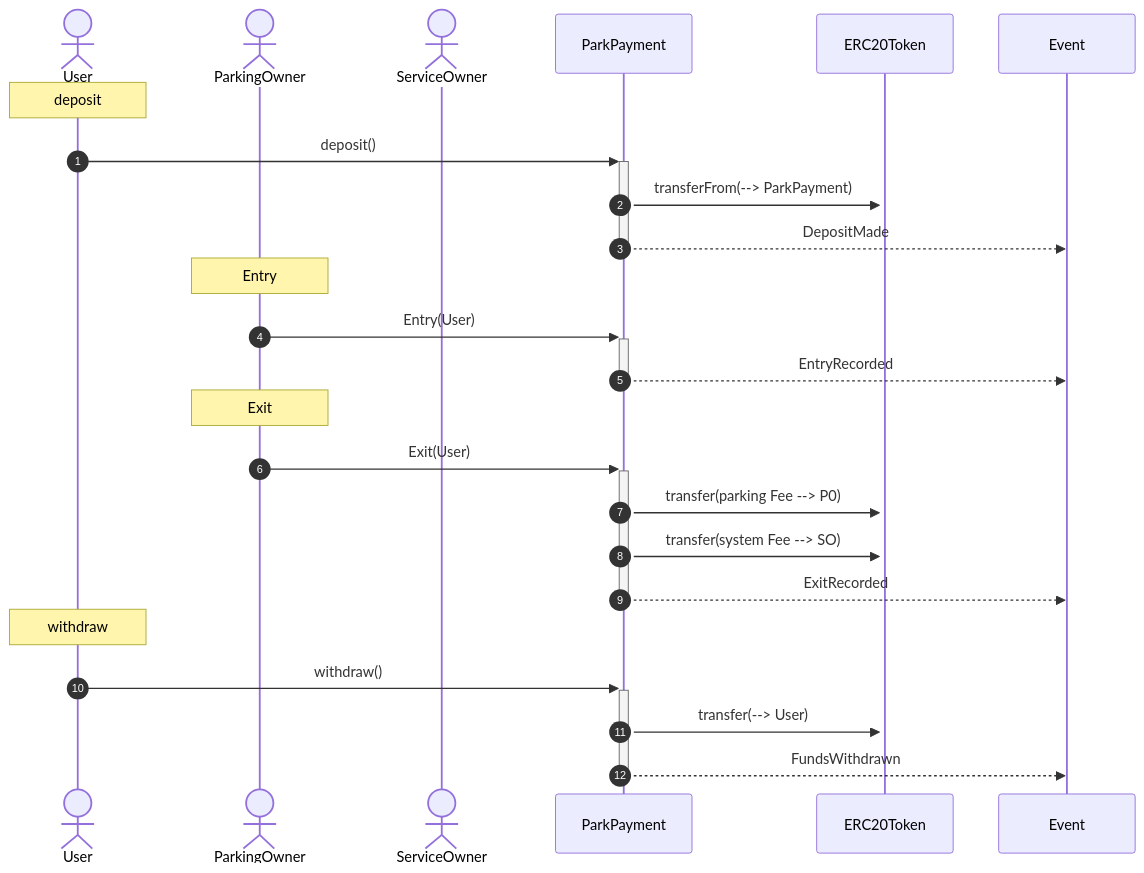
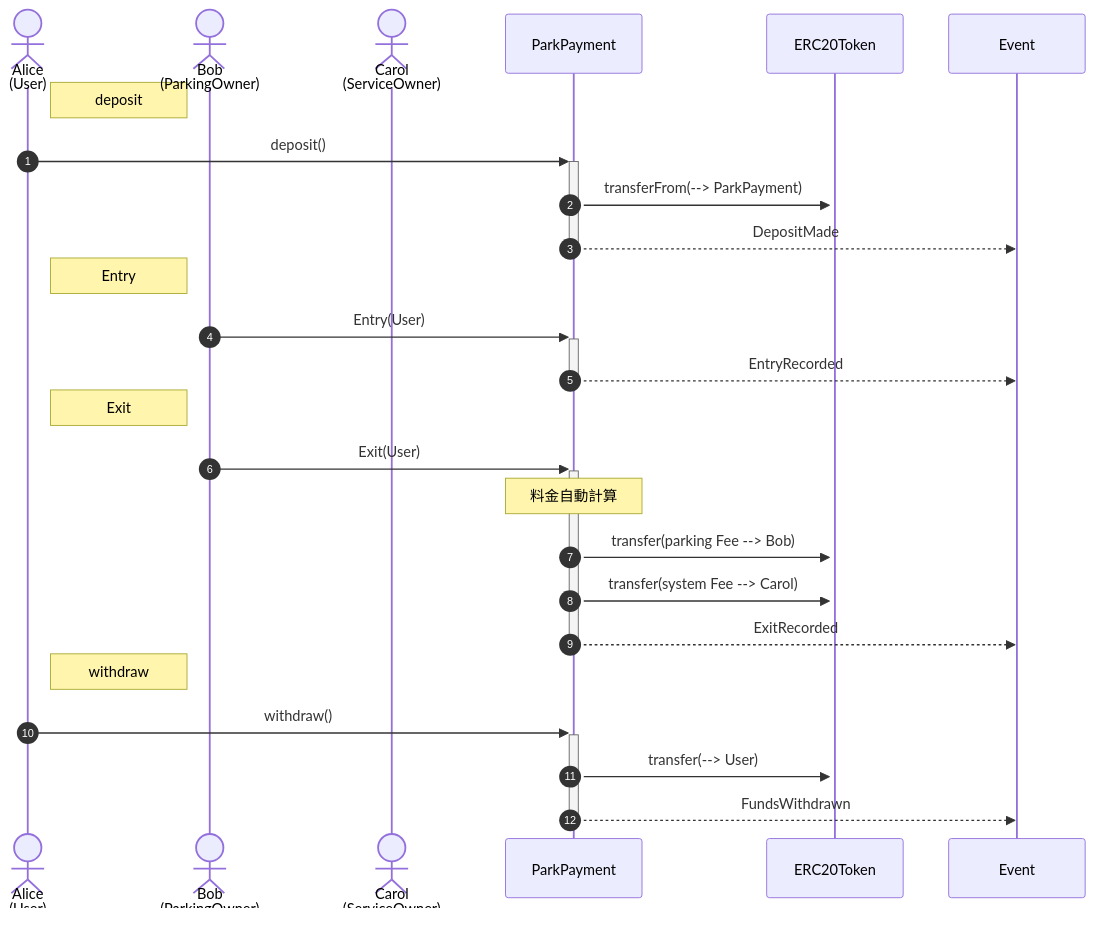
The first of 4 diagrams in README.md (mahiroaug/ParkingPayment), drawn with Mermaid before and after one commit. The commit also changed other lines of this file, not shown here.

Commit message:
updage README

````diff
--- a/README.md
+++ b/README.md
@@ -67,27 +67,28 @@
 ```mermaid
 sequenceDiagram
-  actor User as User
-  actor PO as ParkingOwner
-  actor ServiceOwner as ServiceOwner
+  actor User as Alice<br>(User)
+  actor PO as Bob<br>(ParkingOwner)
+  actor ServiceOwner as Carol<br>(ServiceOwner)
   participant PP as ParkPayment
   participant Token as ERC20Token
   participant Event as Event
 
   autonumber
-  Note over User: deposit
+  Note right of User: deposit
   User ->>+ PP: deposit()
   PP ->>+ Token: transferFrom(--> ParkPayment)
   PP -->>- Event: DepositMade
-  Note over PO: Entry
+  Note left of PO: Entry
   PO ->>+ PP: Entry(User)
   PP -->>- Event: EntryRecorded
-  Note over PO: Exit
+  Note left of PO: Exit
   PO ->>+ PP: Exit(User)
-  PP ->>+ Token: transfer(parking Fee --> P0)
-  PP ->>+ Token: transfer(system Fee --> SO)
+  Note over PP: 料金自動計算
+  PP ->>+ Token: transfer(parking Fee --> Bob)
+  PP ->>+ Token: transfer(system Fee --> Carol)
   PP -->>- Event: ExitRecorded
-  Note over User: withdraw
+  Note right of User: withdraw
   User ->>+ PP: withdraw()
   PP ->>+ Token: transfer(--> User)
   PP -->>- Event: FundsWithdrawn
 ```
````
